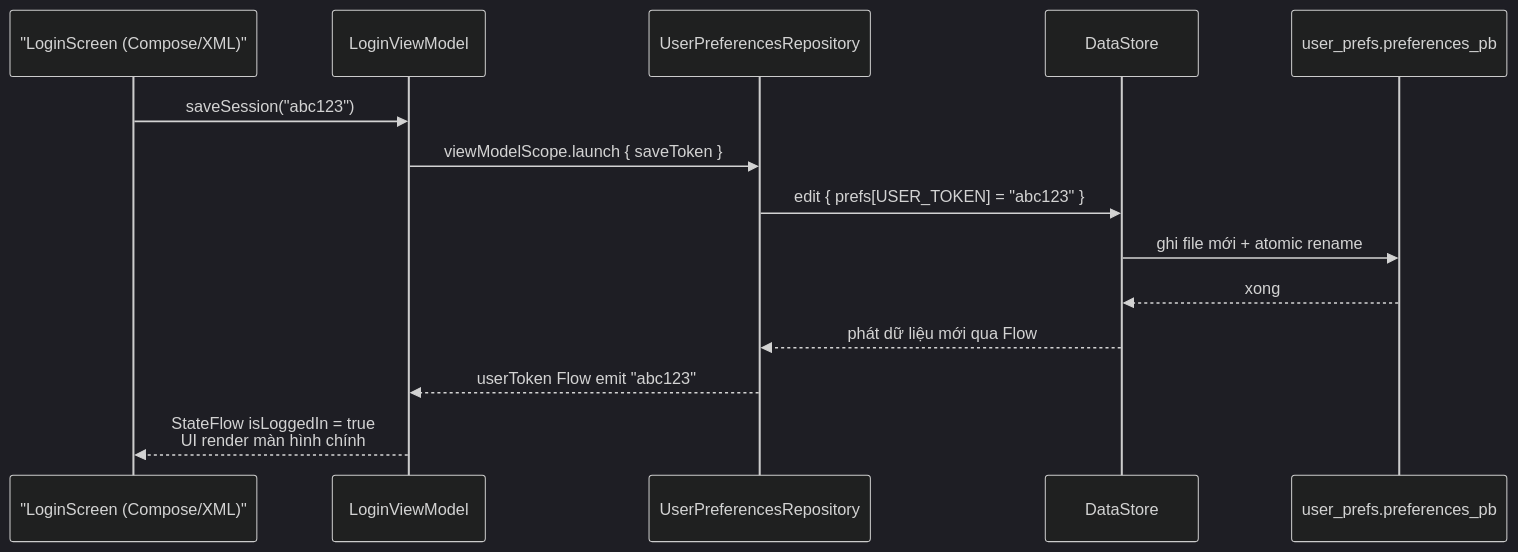
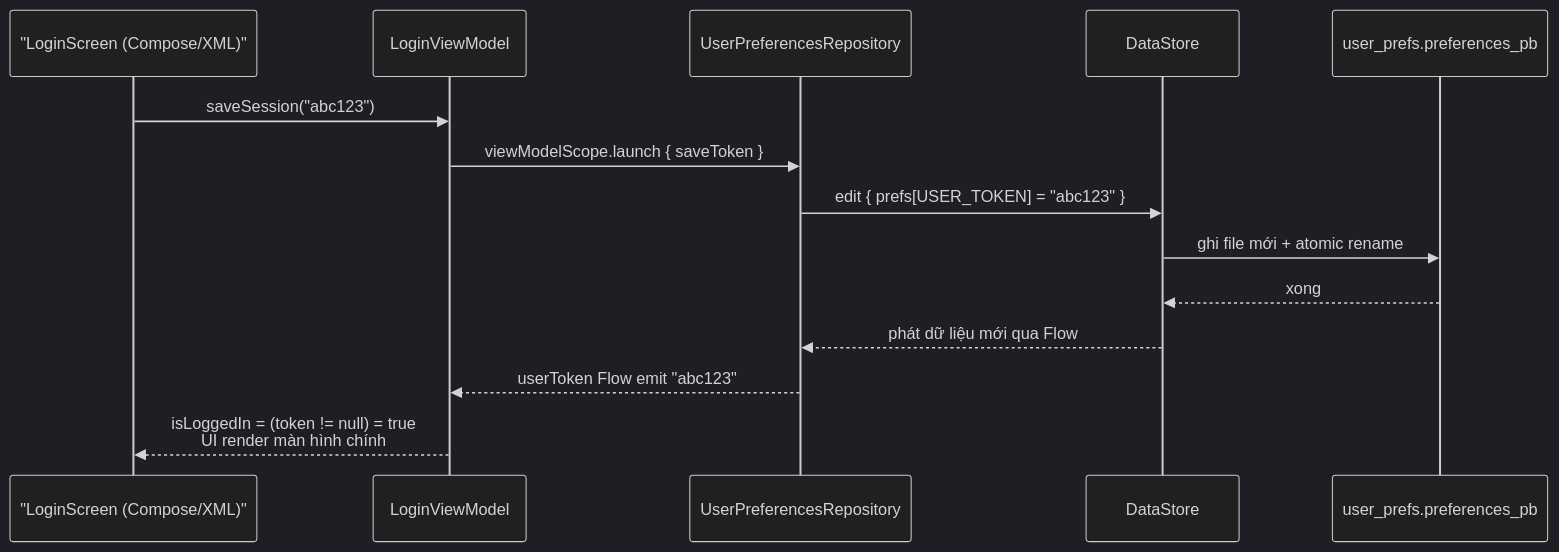
Before and after one commit to h1eu/knowledge: the fourth of 6 diagrams in knowledge/android/docs/session_05/data_store/key_value.md, drawn with Mermaid (dark theme). The commit also changed other lines of this file and 76 other files, not shown here.

First line of the commit message:
docs(android): add Compose Overview, fix S01–S05 facts and diagrams

````diff
--- a/knowledge/android/docs/session_05/data_store/key_value.md
+++ b/knowledge/android/docs/session_05/data_store/key_value.md
@@ -437,17 +440,17 @@
 ```mermaid
 sequenceDiagram
     participant UI as "LoginScreen (Compose/XML)"
     participant VM as LoginViewModel
     participant Repo as UserPreferencesRepository
     participant DS as DataStore
     participant File as user_prefs.preferences_pb
 
     UI->>VM: saveSession("abc123")
     VM->>Repo: viewModelScope.launch { saveToken }
     Repo->>DS: edit { prefs[USER_TOKEN] = "abc123" }
     DS->>File: ghi file mới + atomic rename
     File-->>DS: xong
     DS-->>Repo: phát dữ liệu mới qua Flow
     Repo-->>VM: userToken Flow emit "abc123"
-    VM-->>UI: StateFlow isLoggedIn = true<br/>UI render màn hình chính
+    VM-->>UI: isLoggedIn = (token != null) = true<br/>UI render màn hình chính
 ```
````
